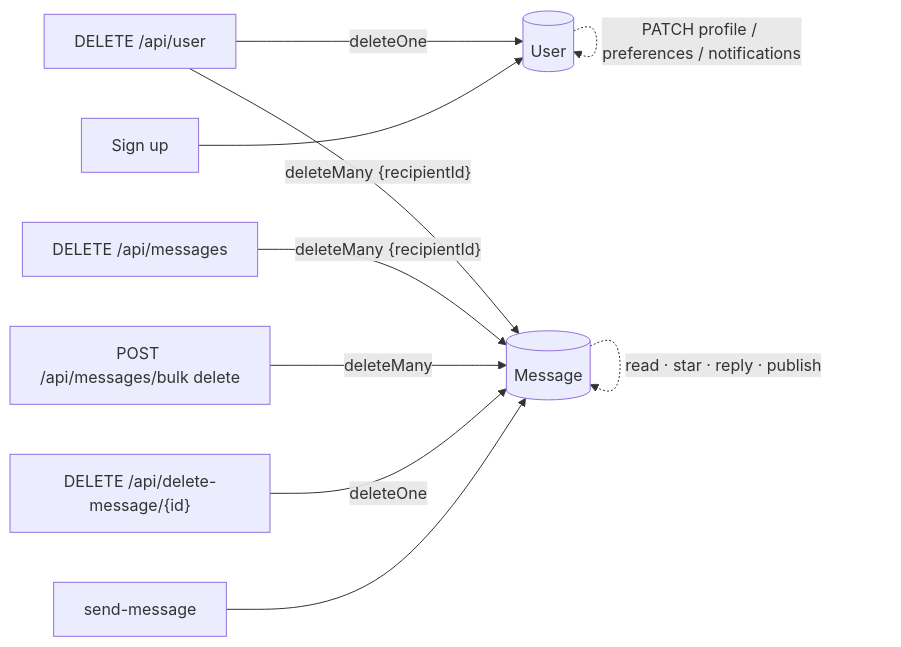
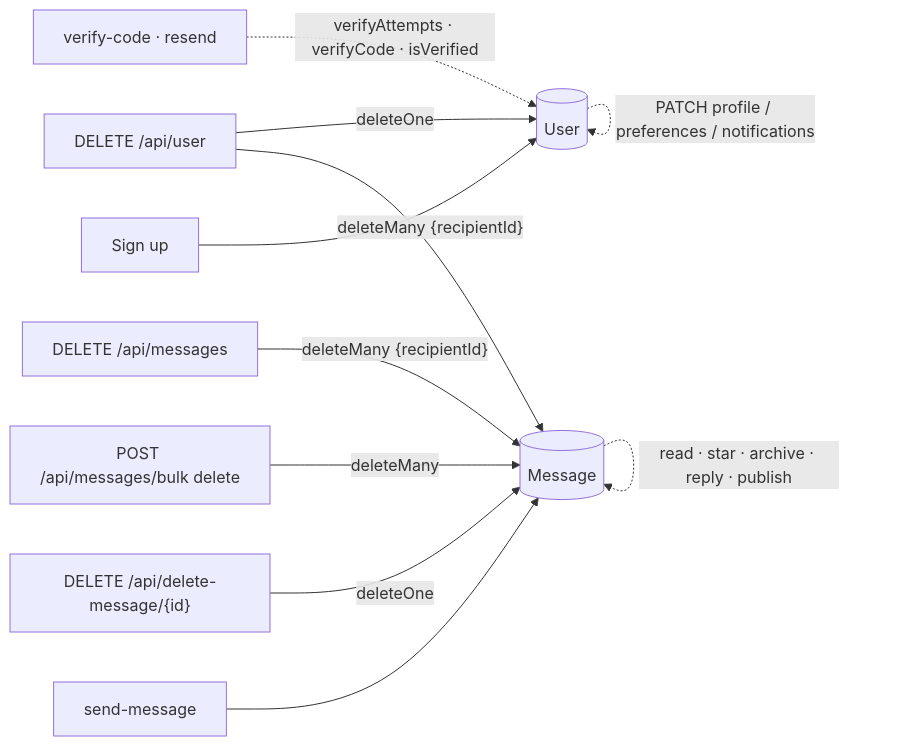
Before and after one commit to Abbas4tech/GhostMsg: the second of 2 diagrams in docs/15-data-model-and-database.md, drawn with Mermaid. The commit also changed other lines of this file and 284 other files, not shown here.

````diff
--- a/docs/15-data-model-and-database.md
+++ b/docs/15-data-model-and-database.md
@@ -178,12 +195,13 @@
 ```mermaid
 flowchart LR
     SU["Sign up"] --> U[(User)]
+    VER["verify-code · resend"] -. "verifyAttempts · verifyCode · isVerified" .-> U
     SEND["send-message"] --> M[(Message)]
     U -. "PATCH profile / preferences / notifications" .-> U
-    M -. "read · star · reply · publish" .-> M
+    M -. "read · star · archive · reply · publish" .-> M
     DEL1["DELETE /api/delete-message/{id}"] -->|deleteOne| M
     BULK["POST /api/messages/bulk delete"] -->|deleteMany| M
     DALL["DELETE /api/messages"] -->|"deleteMany {recipientId}"| M
     DACC["DELETE /api/user"] -->|"deleteMany {recipientId}"| M
     DACC -->|deleteOne| U
 ```
````
